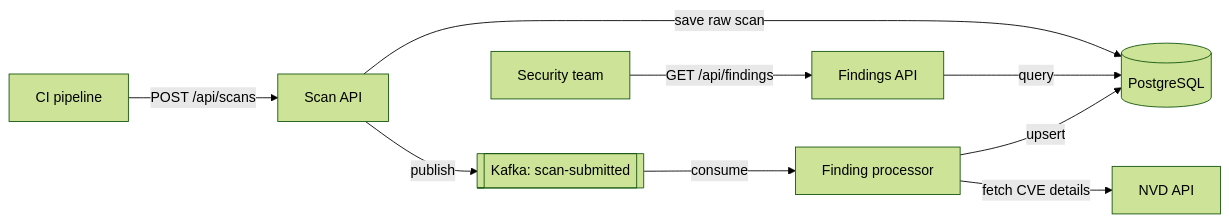
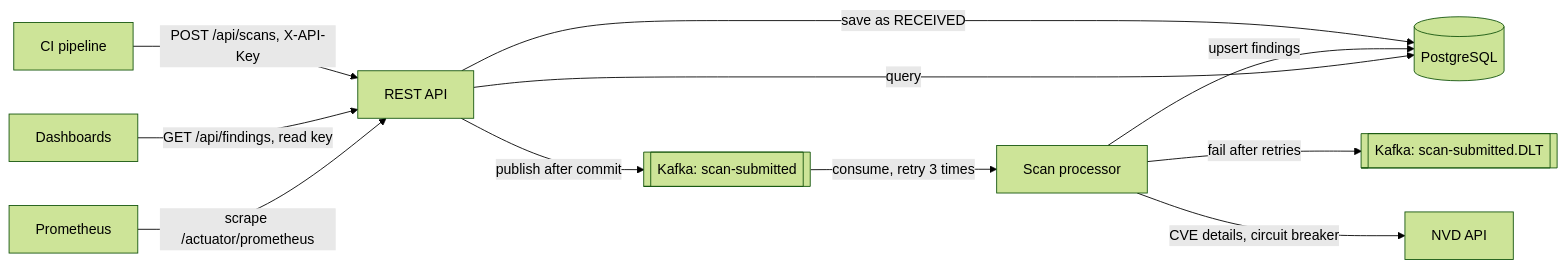
One commit to rayapatibharathi4-afk/vulntrack changed the diagram in README.md. Above: the diagram before and after it, drawn with Mermaid (forest theme). The commit also changed other lines of this file and 1 other file, not shown here.

````diff
--- a/README.md
+++ b/README.md
@@ -33,11 +35,13 @@
 ```mermaid
 flowchart LR
-    CI[CI pipeline] -->|POST /api/scans| API[Scan API]
-    API -->|save raw scan| DB[(PostgreSQL)]
-    API -->|publish| K[[Kafka: scan-submitted]]
-    K -->|consume| P[Finding processor]
-    P -->|upsert| DB
-    P -->|fetch CVE details| NVD[NVD API]
-    U[Security team] -->|GET /api/findings| F[Findings API]
-    F -->|query| DB
+    CI[CI pipeline] -->|POST /api/scans, X-API-Key| API[REST API]
+    API -->|save as RECEIVED| DB[(PostgreSQL)]
+    API -->|publish after commit| K[[Kafka: scan-submitted]]
+    K -->|consume, retry 3 times| P[Scan processor]
+    P -->|upsert findings| DB
+    P -->|fail after retries| D[[Kafka: scan-submitted.DLT]]
+    P -->|CVE details, circuit breaker| NVD[NVD API]
+    U[Dashboards] -->|GET /api/findings, read key| API
+    API -->|query| DB
+    PR[Prometheus] -->|scrape /actuator/prometheus| API
 ```
````
